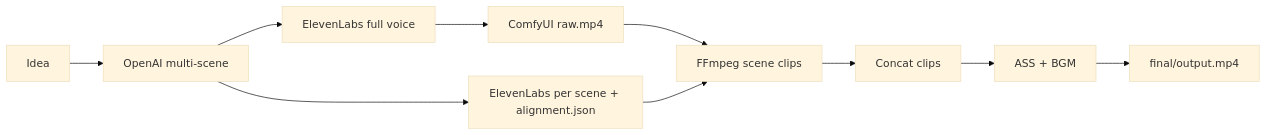
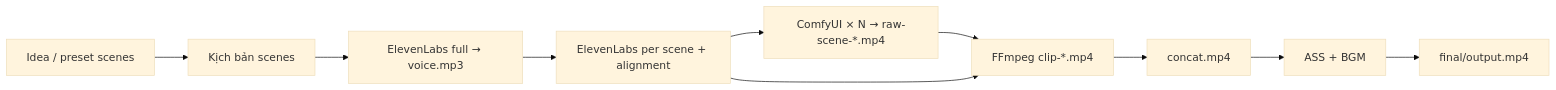
The diagram in README.md (hangndat/video-maker), drawn with Mermaid (base theme) before and after one commit. The commit also changed other lines of this file and 5 other files, not shown here.

````diff
--- a/README.md
+++ b/README.md
@@ -21,22 +21,22 @@
 ```mermaid
 flowchart LR
-  idea[Idea]
-  script[OpenAI multi-scene]
-  ttsFull[ElevenLabs full voice]
-  comfy[ComfyUI raw.mp4]
-  ttsSc[ElevenLabs per scene + alignment.json]
-  clips[FFmpeg scene clips]
-  concat[Concat clips]
+  idea[Idea / preset scenes]
+  script[Kịch bản scenes]
+  ttsFull[ElevenLabs full → voice.mp3]
+  ttsSc[ElevenLabs per scene + alignment]
+  comfy[ComfyUI × N → raw-scene-*.mp4]
+  clips[FFmpeg clip-*.mp4]
+  concat[concat.mp4]
   ass[ASS + BGM]
   out[final/output.mp4]
 
   idea --> script
   script --> ttsFull
-  ttsFull --> comfy
-  script --> ttsSc
+  ttsFull --> ttsSc
+  ttsSc --> comfy
   comfy --> clips
   ttsSc --> clips
   clips --> concat
   concat --> ass
   ass --> out
 ```
````
